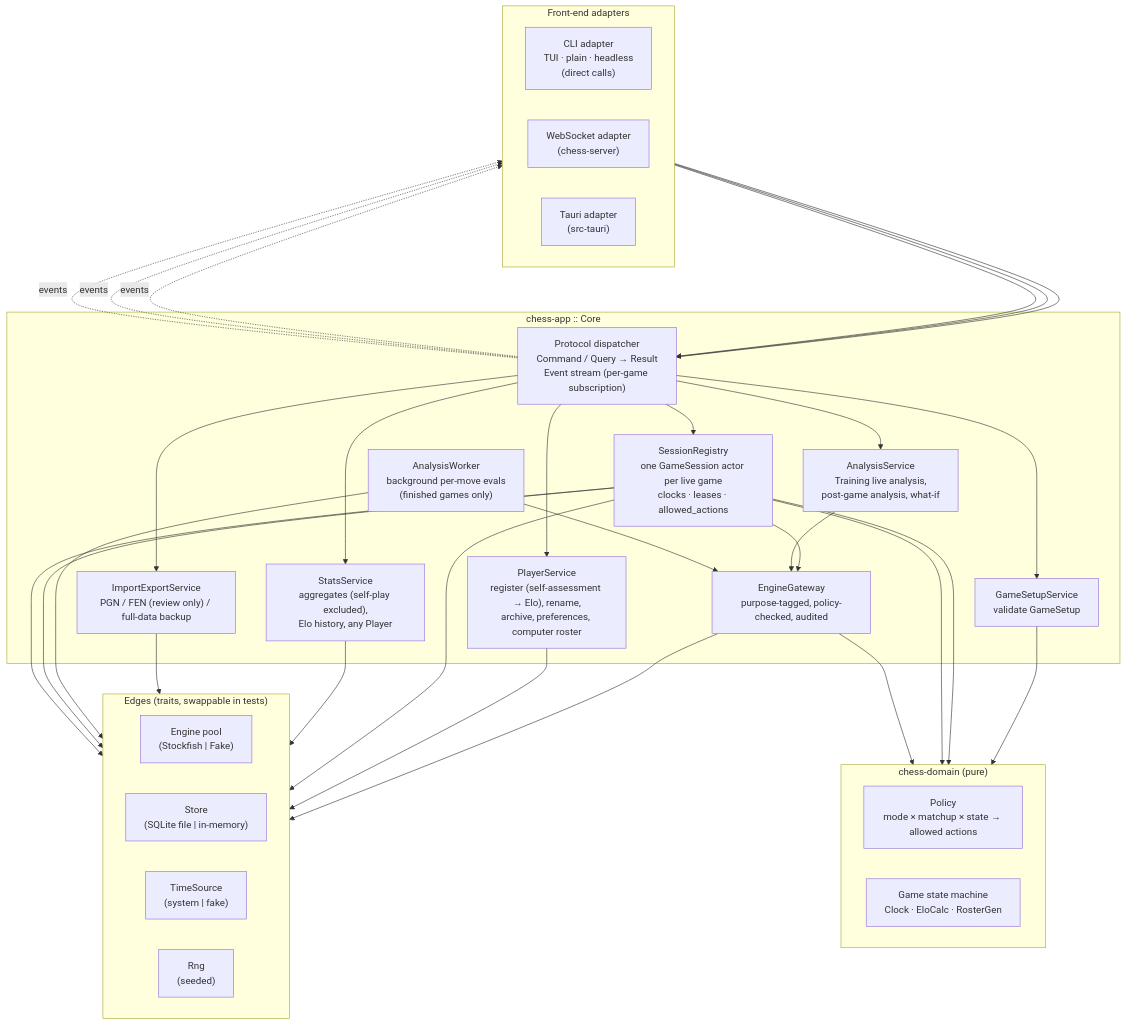
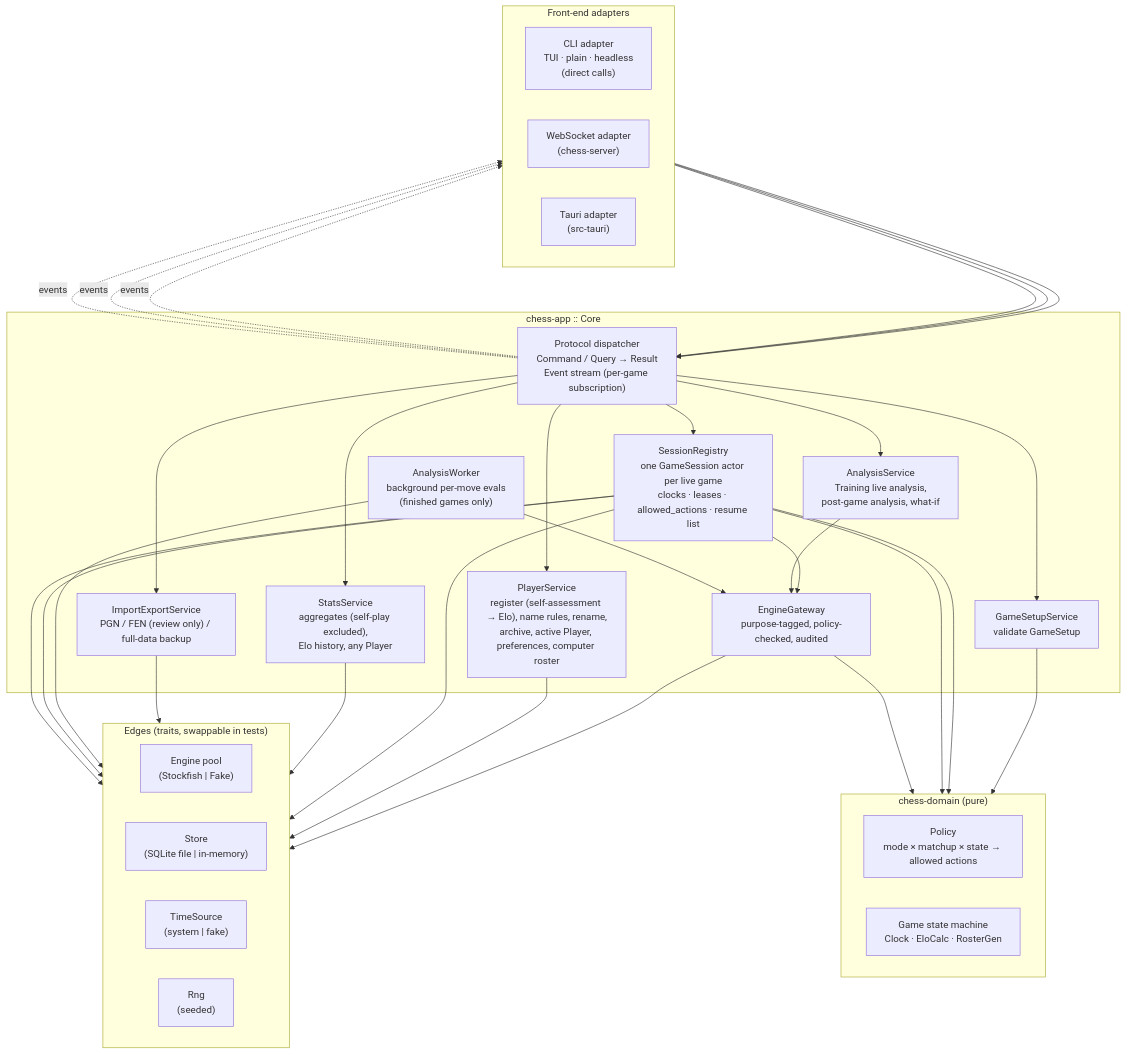
One commit to bprascher/chess changed the fourth of 14 diagrams in docs/architecture.md. Above: the diagram before and after it, drawn with Mermaid. The commit also changed other lines of this file and 3 other files, not shown here.

First line of the commit message:
Amend requirements and architecture (Amendments 2 and 3)

````diff
--- a/docs/architecture.md
+++ b/docs/architecture.md
@@ -258,63 +367,63 @@
 ```mermaid
 flowchart TB
     subgraph fe["Front-end adapters"]
         direction LR
         cliA["CLI adapter<br/>TUI · plain · headless<br/>(direct calls)"]
         wsA["WebSocket adapter<br/>(chess-server)"]
         tauriA["Tauri adapter<br/>(src-tauri)"]
     end
 
     subgraph core["chess-app :: Core"]
         api["Protocol dispatcher<br/>Command / Query → Result<br/>Event stream (per-game subscription)"]
-        players["PlayerService<br/>register (self-assessment → Elo), rename,<br/>archive, preferences, computer roster"]
+        players["PlayerService<br/>register (self-assessment → Elo), name rules, rename,<br/>archive, active Player, preferences, computer roster"]
         setup["GameSetupService<br/>validate GameSetup"]
-        sessions["SessionRegistry<br/>one GameSession actor per live game<br/>clocks · leases · allowed_actions"]
+        sessions["SessionRegistry<br/>one GameSession actor per live game<br/>clocks · leases · allowed_actions · resume list"]
         analysis["AnalysisService<br/>Training live analysis,<br/>post-game analysis, what-if"]
         stats["StatsService<br/>aggregates (self-play excluded),<br/>Elo history, any Player"]
         io["ImportExportService<br/>PGN / FEN (review only) / full-data backup"]
         gateway["EngineGateway<br/>purpose-tagged, policy-checked, audited"]
         worker["AnalysisWorker<br/>background per-move evals<br/>(finished games only)"]
     end
 
     subgraph pure["chess-domain (pure)"]
         direction LR
         policy["Policy<br/>mode × matchup × state → allowed actions"]
         game["Game state machine<br/>Clock · EloCalc · RosterGen"]
     end
 
     subgraph edges["Edges (traits, swappable in tests)"]
         direction LR
         eng["Engine pool<br/>(Stockfish | Fake)"]
         st["Store<br/>(SQLite file | in-memory)"]
         clk["TimeSource<br/>(system | fake)"]
         rng["Rng<br/>(seeded)"]
     end
 
     cliA --> api
     wsA --> api
     tauriA --> api
     api -. "events" .-> cliA
     api -. "events" .-> wsA
     api -. "events" .-> tauriA
     api --> players
     api --> setup
     api --> sessions
     api --> analysis
     api --> stats
     api --> io
     setup --> policy
     sessions --> policy
     sessions --> game
     gateway --> policy
     sessions --> gateway
     analysis --> gateway
     worker --> gateway
     gateway --> eng
     players --> st
     sessions --> st
     stats --> st
     io --> st
     worker --> st
     sessions --> clk
     sessions --> rng
 ```
````
